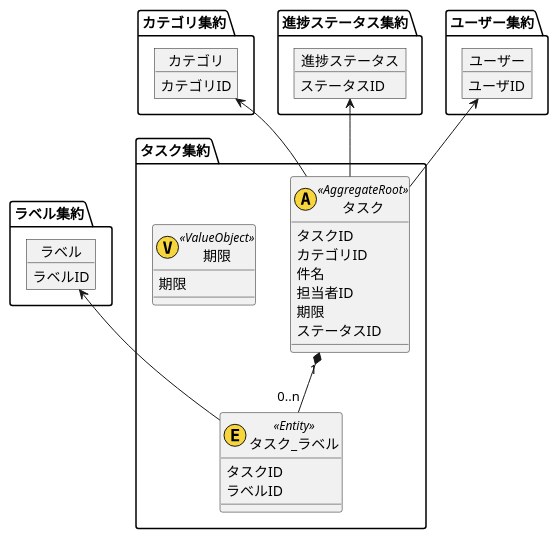
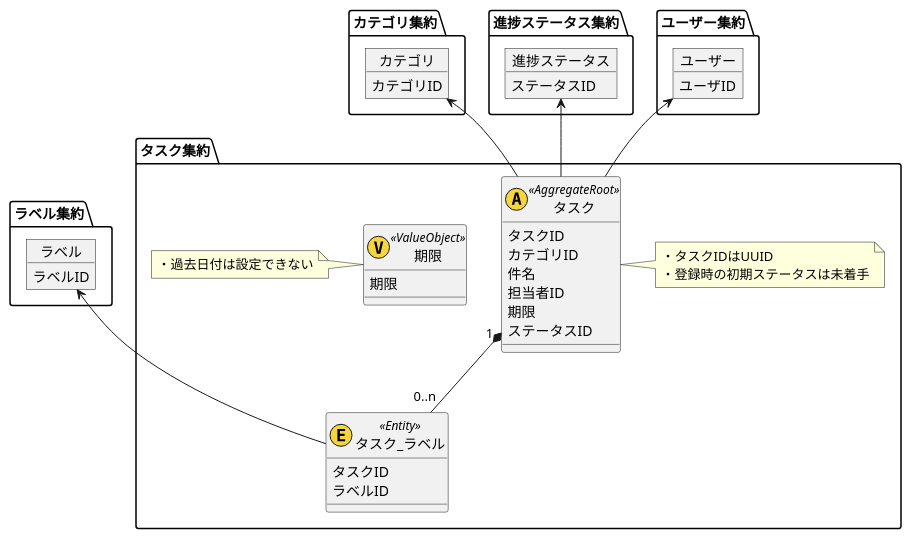
The diagram in 01_ToDoApp/01_DDD/03_DomainModel/uml.pu (s-koyanagi/dev-document), drawn with PlantUML before and after one commit.

Commit message:
制約の追加

```diff
--- a/01_ToDoApp/01_DDD/03_DomainModel/uml.pu
+++ b/01_ToDoApp/01_DDD/03_DomainModel/uml.pu
@@ -1,49 +1,56 @@
 @startuml
 package タスク集約 {
     class タスク << (A,#f6d53d) AggregateRoot>>{
         タスクID
         カテゴリID
         件名
         担当者ID
         期限
         ステータスID
     }
+    note right
+        ・タスクIDはUUID
+        ・登録時の初期ステータスは未着手
+    end note
     class 期限 << (V,#f6d53d) ValueObject>> {
         期限
     }
+    note left
+        ・過去日付は設定できない
+    end note
     class タスク_ラベル << (E,#f6d53d) Entity>> {
         タスクID
         ラベルID
     }
 }
 
 package カテゴリ集約 {
     object カテゴリ {
         カテゴリID
     }
 }
 
 package 進捗ステータス集約 {
     object 進捗ステータス {
         ステータスID
     }
 }
 
 package ラベル集約 {
     object ラベル {
         ラベルID
     }
 }
 
 package ユーザー集約 {
     object ユーザー {
         ユーザID
     }
 }
 
 ユーザー <-- タスク
 進捗ステータス <-- タスク
 カテゴリ <-- タスク
 タスク "1" *-- "0..n" タスク_ラベル
 ラベル <-- タスク_ラベル
 @enduml
```
